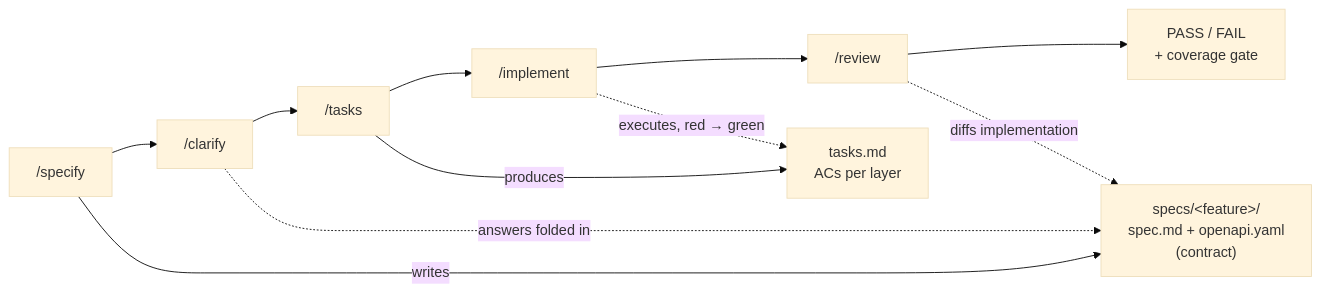
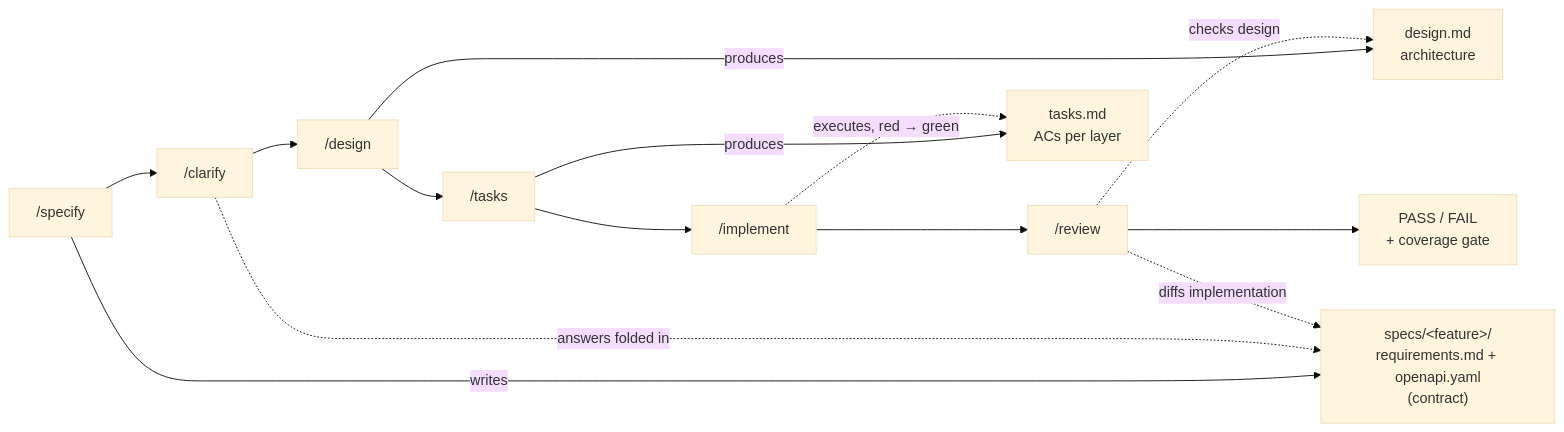
The third of 4 diagrams in doc/slides.md (drriguz/star-framework), drawn with Mermaid (base theme) before and after one commit. The commit also changed other lines of this file and 30 other files, not shown here.

First line of the commit message:
Add design phase, ACs in requirements, simplified constitution

````diff
--- a/doc/slides.md
+++ b/doc/slides.md
@@ -83,18 +85,22 @@
 ```mermaid
 flowchart LR
     SPECIFY["/specify"] --> CLARIFY["/clarify"]
-    CLARIFY --> TASKS["/tasks"]
+    CLARIFY --> DESIGN["/design"]
+    DESIGN --> TASKS["/tasks"]
     TASKS --> IMPLEMENT["/implement"]
     IMPLEMENT --> REVIEW["/review"]
 
-    SPEC["specs/&lt;feature&gt;/<br/>spec.md + openapi.yaml<br/>(contract)"]
+    SPEC["specs/&lt;feature&gt;/<br/>requirements.md + openapi.yaml<br/>(contract)"]
+    DESIGNMD["design.md<br/>architecture"]
     TASKSMD["tasks.md<br/>ACs per layer"]
     VERDICT["PASS / FAIL<br/>+ coverage gate"]
 
     SPECIFY -->|writes| SPEC
     CLARIFY -.answers folded in.-> SPEC
+    DESIGN -->|produces| DESIGNMD
     TASKS -->|produces| TASKSMD
     IMPLEMENT -.executes, red → green.-> TASKSMD
     REVIEW -.diffs implementation.-> SPEC
+    REVIEW -.checks design.-> DESIGNMD
     REVIEW --> VERDICT
 ```
````
